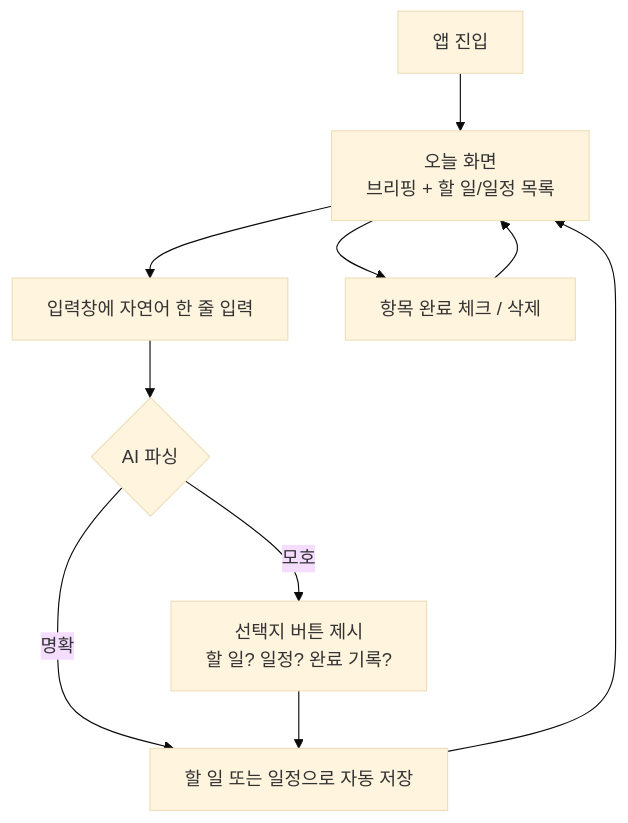
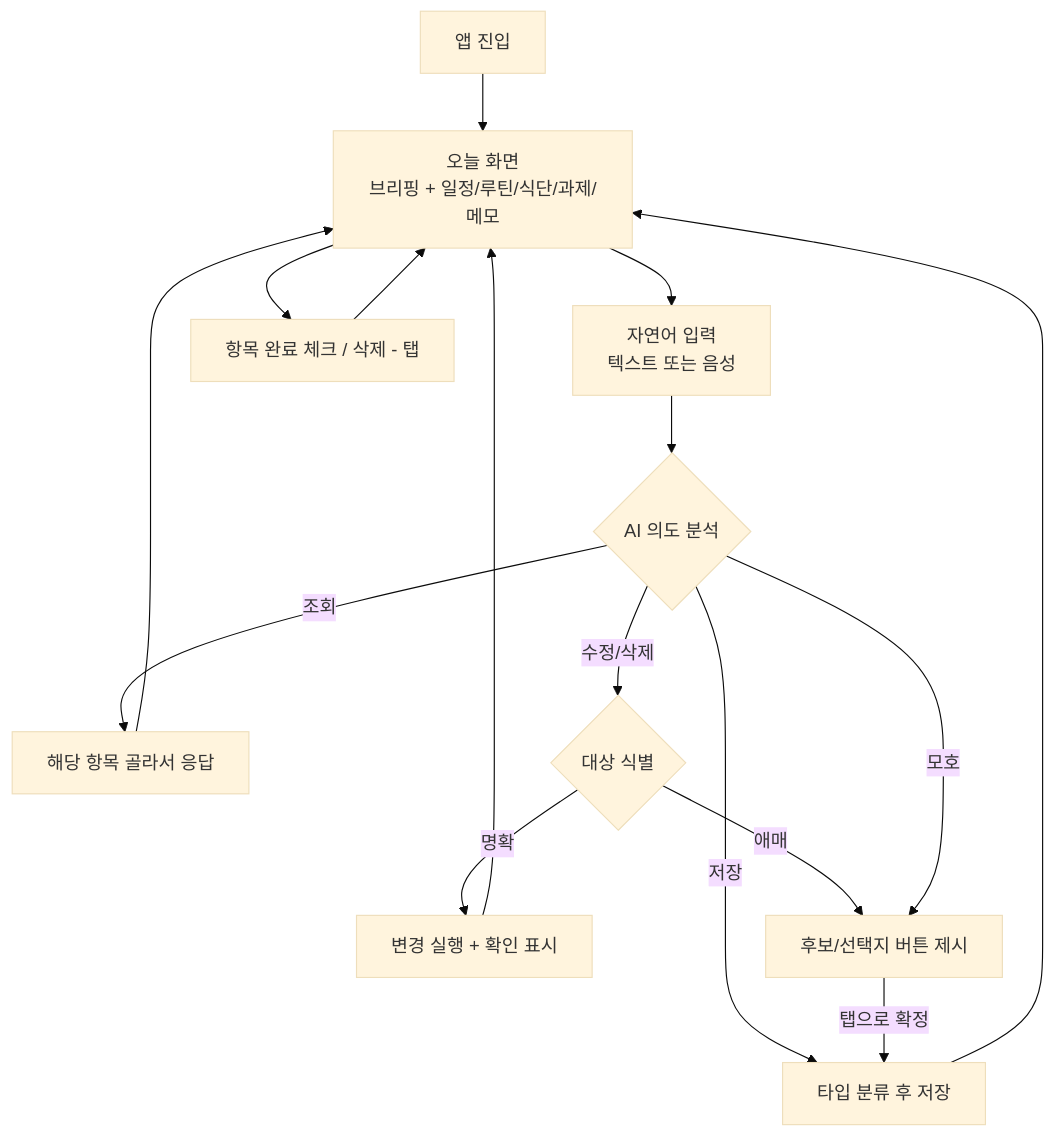
The diagram in docs/plan.md (Mureung1/hub-showcase), drawn with Mermaid (base theme) before and after one commit. The commit also changed other lines of this file and 1 other file, not shown here.

````diff
--- a/docs/plan.md
+++ b/docs/plan.md
@@ -38,12 +79,18 @@
 ```mermaid
 flowchart TD
-    A[앱 진입] --> B[오늘 화면<br/>브리핑 + 할 일/일정 목록]
-    B --> C[입력창에 자연어 한 줄 입력]
-    C --> D{AI 파싱}
-    D -->|명확| E[할 일 또는 일정으로 자동 저장]
-    D -->|모호| F[선택지 버튼 제시<br/>할 일? 일정? 완료 기록?]
-    F --> E
+    A[앱 진입] --> B[오늘 화면<br/>브리핑 + 일정/루틴/식단/과제/메모]
+    B --> C[자연어 입력<br/>텍스트 또는 음성]
+    C --> D{AI 의도 분석}
+    D -->|저장| E[타입 분류 후 저장]
+    D -->|조회| H[해당 항목 골라서 응답]
+    D -->|수정/삭제| I{대상 식별}
+    I -->|명확| J[변경 실행 + 확인 표시]
+    I -->|애매| F[후보/선택지 버튼 제시]
+    D -->|모호| F
+    F -->|탭으로 확정| E
     E --> B
-    B --> G[항목 완료 체크 / 삭제]
+    H --> B
+    J --> B
+    B --> G[항목 완료 체크 / 삭제 - 탭]
     G --> B
 ```
````
